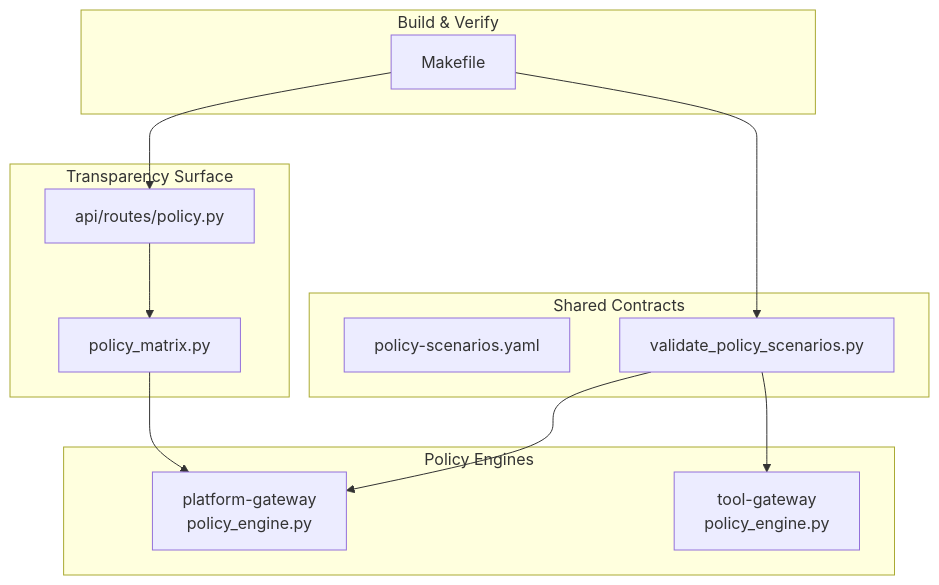
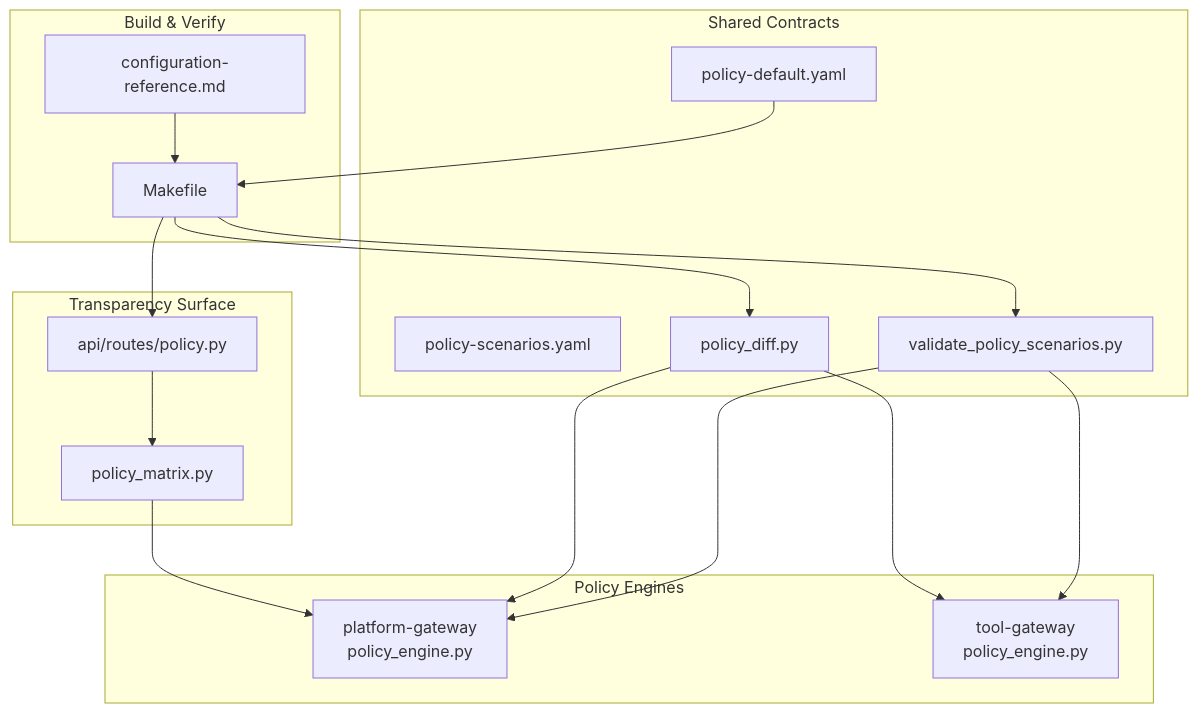
One commit to metasync/luban-aiops changed the first of 9 diagrams in .qoder/repowiki/en/content/Architecture Documentation/SPEC-048_ Policy Testing and Rollout Controls.md. Above: the diagram before and after it, drawn with Mermaid. The commit also changed other lines of this file and 35 other files, not shown here.

````diff
--- a/.qoder/repowiki/en/content/Architecture Documentation/SPEC-048_ Policy Testing and Rollout Controls.md
+++ b/.qoder/repowiki/en/content/Architecture Documentation/SPEC-048_ Policy Testing and Rollout Controls.md
@@ -44,24 +68,32 @@
 ```mermaid
 graph TB
 subgraph "Policy Engines"
 PG["platform-gateway<br/>policy_engine.py"]
 TG["tool-gateway<br/>policy_engine.py"]
 end
 subgraph "Transparency Surface"
 PM["policy_matrix.py"]
 PR["api/routes/policy.py"]
 end
 subgraph "Shared Contracts"
 SCEN["policy-scenarios.yaml"]
 VSCN["validate_policy_scenarios.py"]
+PD["policy_diff.py"]
+CANON["policy-default.yaml"]
 end
 subgraph "Build & Verify"
 MK["Makefile"]
+CR["configuration-reference.md"]
 end
 MK --> VSCN
+MK --> PD
 MK --> PR
 VSCN --> PG
 VSCN --> TG
+PD --> PG
+PD --> TG
 PR --> PM
 PM --> PG
+CR --> MK
+CANON --> MK
 ```
````
